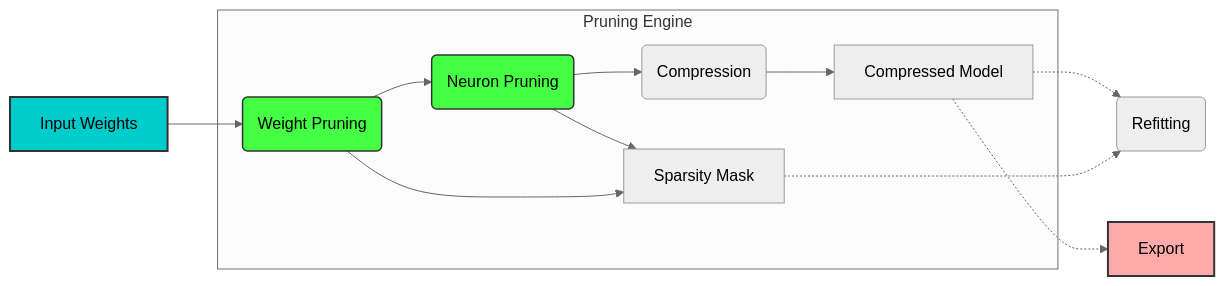
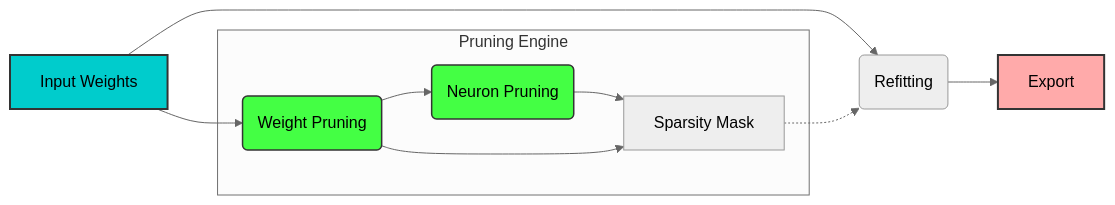
The second of 2 diagrams in docs/project_structure.md (SirBubbls/condense), drawn with Mermaid (neutral theme) before and after one commit.

Commit message:
pruning engine design

````diff
--- a/docs/project_structure.md
+++ b/docs/project_structure.md
@@ -38,21 +38,18 @@
 ```mermaid
 graph LR
     style input fill:#0cc,stroke:#333,stroke-width:2px
     style export fill:#faa,stroke:#333,stroke-width:2px
     style neuron_pruning fill:#4f4,stroke:#333,stroke-width:1.5px
     style weight_pruning fill:#4f4,stroke:#333,stroke-width:1.5px
 
     subgraph module [Pruning Engine]
         weight_pruning(Weight Pruning) --> 
-        neuron_pruning(Neuron Pruning) -->
-        compression(Compression)
-        neuron_pruning --> mask[Sparsity Mask]
+        neuron_pruning(Neuron Pruning) --> mask[Sparsity Mask]
         weight_pruning --> mask[Sparsity Mask]
-    compression --> compressed_model[Compressed Model]
     end
+    refitting(Refitting) --> export[Export]
 
     input[Input Weights] --> weight_pruning
-    compressed_model -.-> refitting(Refitting)
+    input[Input Weights] --> refitting
     mask -.-> refitting
-    compressed_model -.-> export[Export]
 ```
````
